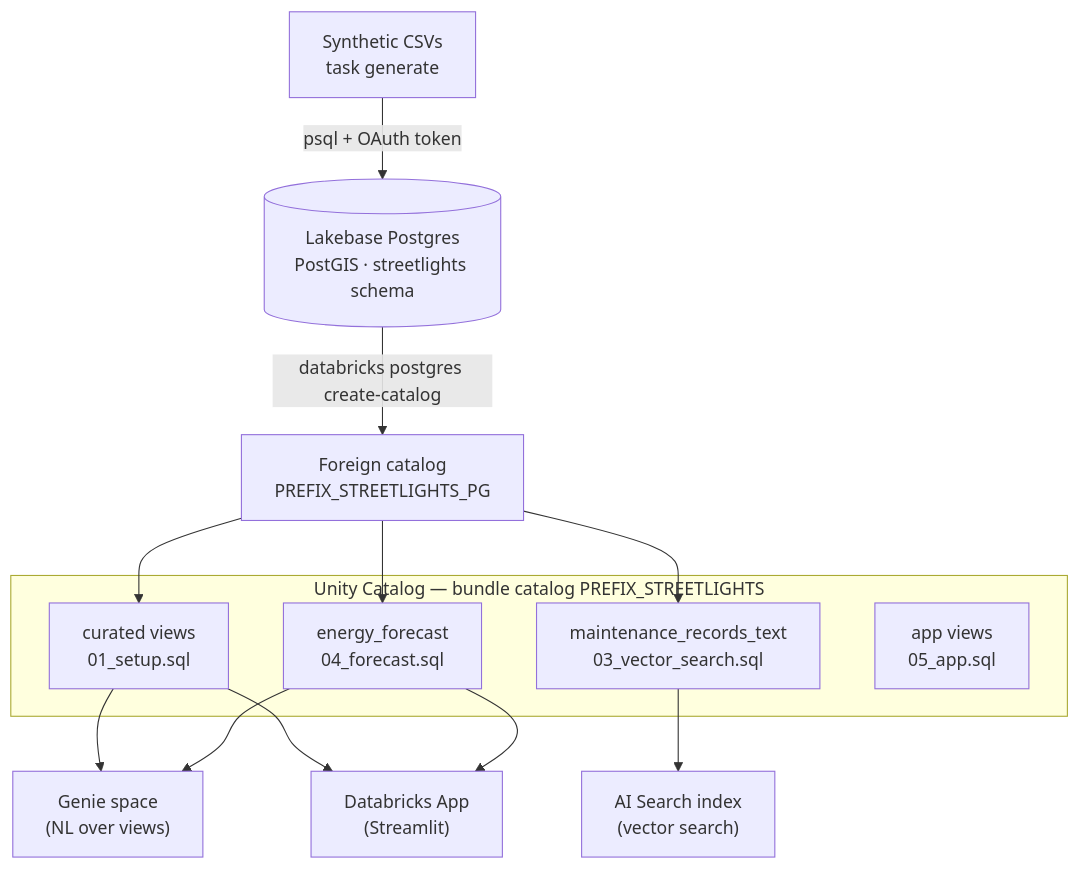
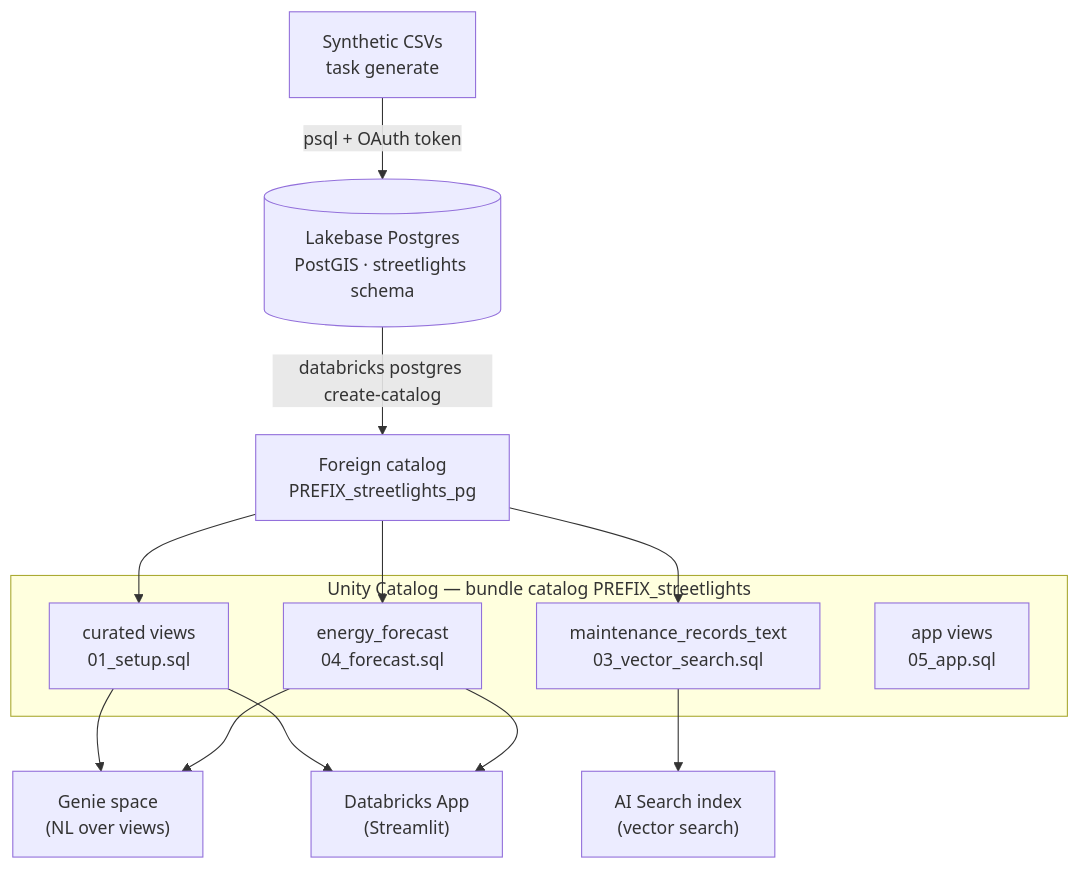
Before and after one commit to kameshsampath/postgis-snowflake-intelligence-demo: the diagram in docs/databricks-guide.md, drawn with Mermaid. The commit also changed other lines of this file and 7 other files, not shown here.

````diff
--- a/docs/databricks-guide.md
+++ b/docs/databricks-guide.md
@@ -21,19 +21,19 @@
 ```mermaid
 flowchart TD
     CSV[Synthetic CSVs<br/>task generate] -->|psql + OAuth token| LB[("Lakebase Postgres<br/>PostGIS · streetlights schema")]
-    LB -->|"databricks postgres create-catalog"| PGFC["Foreign catalog<br/>PREFIX_STREETLIGHTS_PG"]
-    subgraph UC["Unity Catalog — bundle catalog PREFIX_STREETLIGHTS"]
+    LB -->|"databricks postgres create-catalog"| PGFC["Foreign catalog<br/>PREFIX_streetlights_pg"]
+    subgraph UC["Unity Catalog — bundle catalog PREFIX_streetlights"]
         VIEWS[curated views<br/>01_setup.sql]
         VSTXT[maintenance_records_text<br/>03_vector_search.sql]
         FC[energy_forecast<br/>04_forecast.sql]
         APPV[app views<br/>05_app.sql]
     end
     PGFC --> VIEWS
     PGFC --> VSTXT
     PGFC --> FC
     VIEWS --> GENIE["Genie space<br/>(NL over views)"]
     VSTXT --> VS["AI Search index<br/>(vector search)"]
     FC --> GENIE
     VIEWS --> APP["Databricks App<br/>(Streamlit)"]
     FC --> APP
 ```
````
